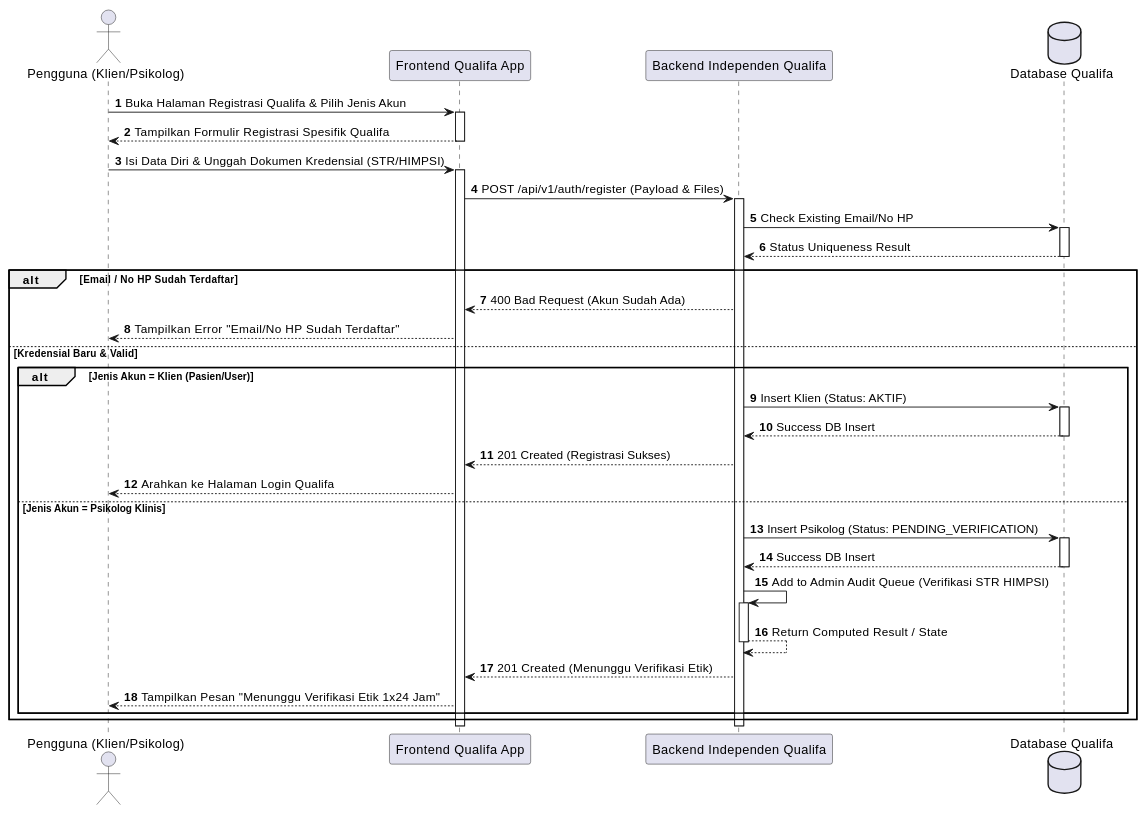
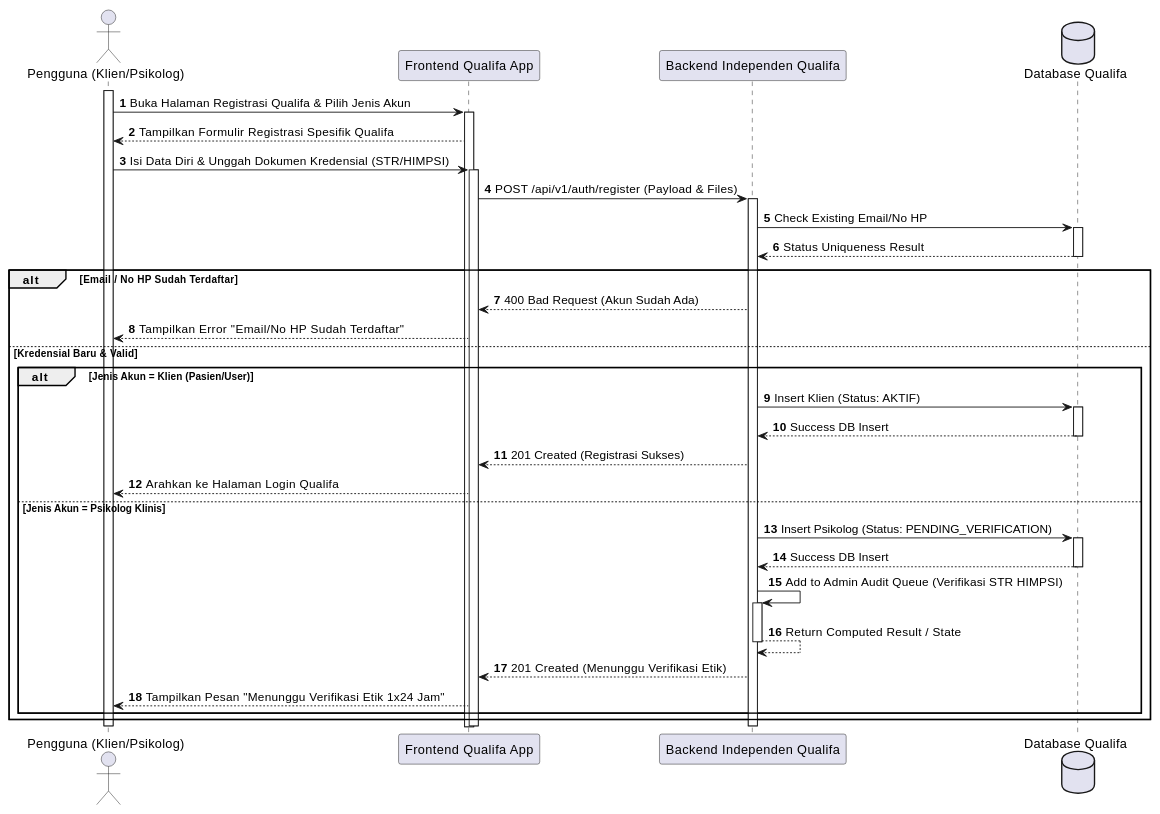
Diagram 16 of 27 in MarkDown/plantuml_sequence_diagrams.md (tupperwureism/SuperApp-Gagal), drawn with PlantUML before and after one commit. The commit also changed other lines of this file and 2 other files, not shown here.

Commit message:
fix(uml): remove shorthand deactivations from actor return arrows and prevent double deactivations across SD Justifiqa and Qualifa

````diff
--- a/MarkDown/plantuml_sequence_diagrams.md
+++ b/MarkDown/plantuml_sequence_diagrams.md
@@ -812,38 +791,40 @@
 ```plantuml
 @startuml
 autonumber
 actor "Pengguna (Klien/Psikolog)" as User
 participant "Frontend Qualifa App" as FE
 participant "Backend Independen Qualifa" as BE
 database "Database Qualifa" as DB
 
+activate User
 User -> FE ++ : Buka Halaman Registrasi Qualifa & Pilih Jenis Akun
-FE --> User -- : Tampilkan Formulir Registrasi Spesifik Qualifa
+FE --> User : Tampilkan Formulir Registrasi Spesifik Qualifa
 User -> FE ++ : Isi Data Diri & Unggah Dokumen Kredensial (STR/HIMPSI)
 FE -> BE ++ : POST /api/v1/auth/register (Payload & Files)
 
 BE -> DB ++ : Check Existing Email/No HP
 DB --> BE -- : Status Uniqueness Result
 
 alt Email / No HP Sudah Terdaftar
     BE --> FE : 400 Bad Request (Akun Sudah Ada)
     FE --> User : Tampilkan Error "Email/No HP Sudah Terdaftar"
 else Kredensial Baru & Valid
     alt Jenis Akun = Klien (Pasien/User)
         BE -> DB ++ : Insert Klien (Status: AKTIF)
         DB --> BE -- : Success DB Insert
         BE --> FE : 201 Created (Registrasi Sukses)
         FE --> User : Arahkan ke Halaman Login Qualifa
     else Jenis Akun = Psikolog Klinis
         BE -> DB ++ : Insert Psikolog (Status: PENDING_VERIFICATION)
         DB --> BE -- : Success DB Insert
         BE -> BE ++ : Add to Admin Audit Queue (Verifikasi STR HIMPSI)
         BE --> BE -- : Return Computed Result / State
         BE --> FE : 201 Created (Menunggu Verifikasi Etik)
         FE --> User : Tampilkan Pesan "Menunggu Verifikasi Etik 1x24 Jam"
     end
 end
 deactivate BE
 deactivate FE
+deactivate User
 @enduml
 ```
````
